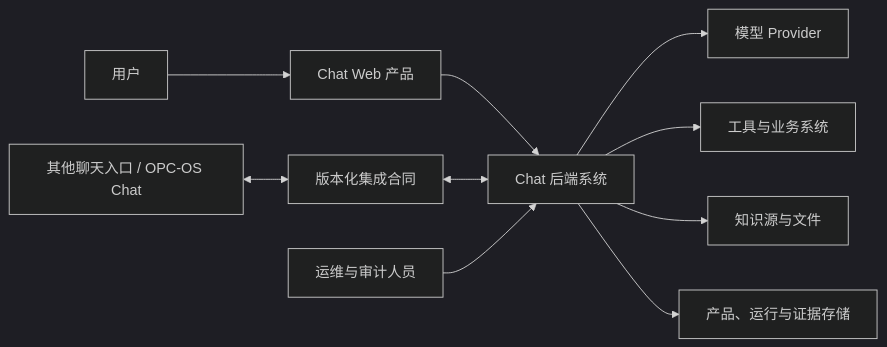
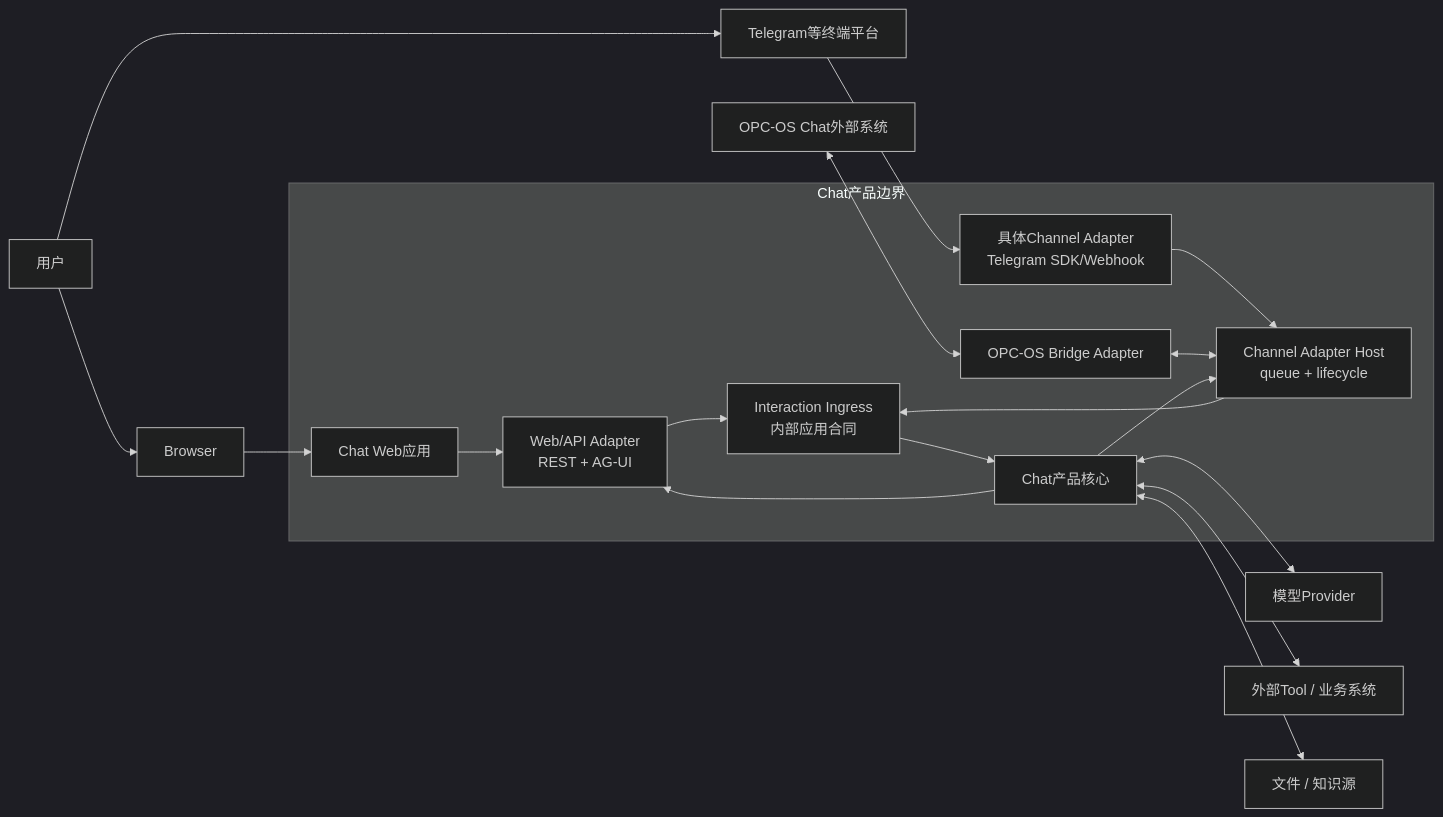
Before and after one commit to later-3/Chat: the first of 2 diagrams in docs/overall-architecture-proposal.md, drawn with Mermaid (dark theme). The commit also changed other lines of this file and 34 other files, not shown here.

````diff
--- a/docs/overall-architecture-proposal.md
+++ b/docs/overall-architecture-proposal.md
@@ -64,12 +50,33 @@
 ```mermaid
 flowchart LR
-    U["用户"] --> WEB["Chat Web 产品"]
-    WEB --> CHAT["Chat 后端系统"]
-    EXT["其他聊天入口 / OPC-OS Chat"] <--> IC["版本化集成合同"]
-    IC <--> CHAT
-    CHAT --> MODEL["模型 Provider"]
-    CHAT --> TOOL["工具与业务系统"]
-    CHAT --> KNOW["知识源与文件"]
-    CHAT --> STORE["产品、运行与证据存储"]
-    OPS["运维与审计人员"] --> CHAT
+    User["用户"]
+    Browser["Browser"]
+    Telegram["Telegram等终端平台"]
+    OPCOS["OPC-OS Chat外部系统"]
+
+    subgraph Chat["Chat产品边界"]
+        Web["Chat Web应用"]
+        WebAdapter["Web/API Adapter\nREST + AG-UI"]
+        TelegramAdapter["具体Channel Adapter\nTelegram SDK/Webhook"]
+        OPCAdapter["OPC-OS Bridge Adapter"]
+        Host["Channel Adapter Host\nqueue + lifecycle"]
+        Ingress["Interaction Ingress\n内部应用合同"]
+        Core["Chat产品核心"]
+    end
+
+    Models["模型Provider"]
+    Tools["外部Tool / 业务系统"]
+    Sources["文件 / 知识源"]
+
+    User --> Browser --> Web --> WebAdapter
+    User --> Telegram --> TelegramAdapter --> Host
+    OPCOS <--> OPCAdapter <--> Host
+    WebAdapter --> Ingress
+    Host --> Ingress
+    Ingress --> Core
+    Core --> WebAdapter
+    Core --> Host
+    Core <--> Models
+    Core <--> Tools
+    Core <--> Sources
 ```
````
